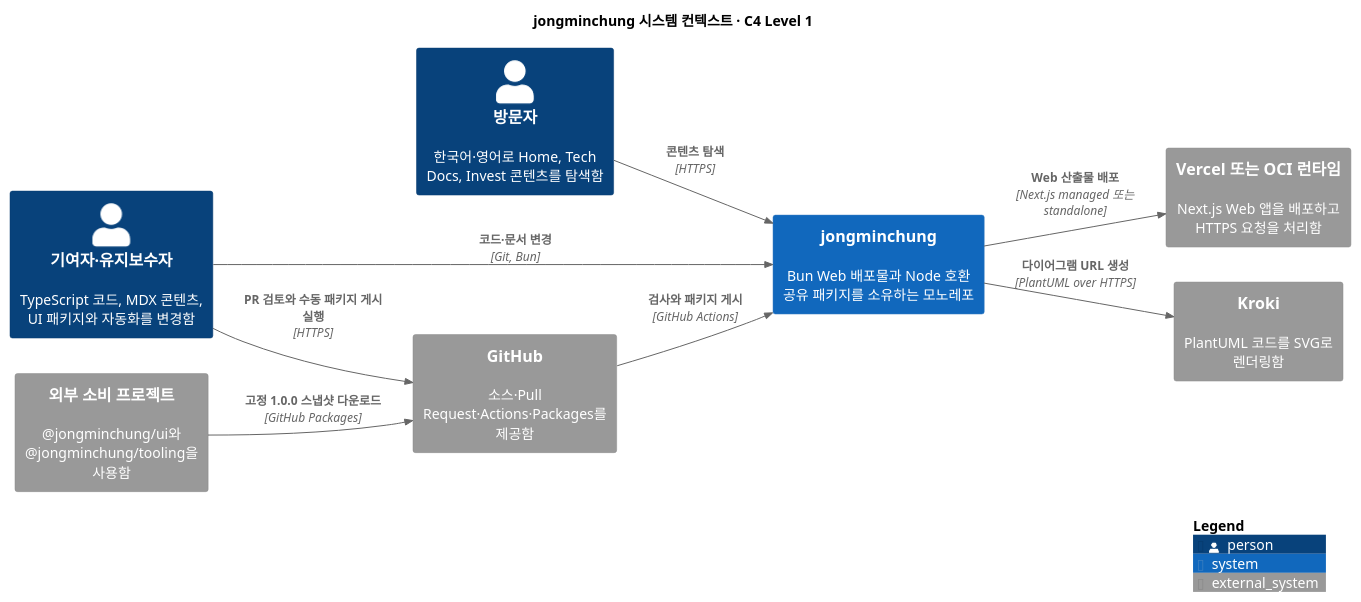
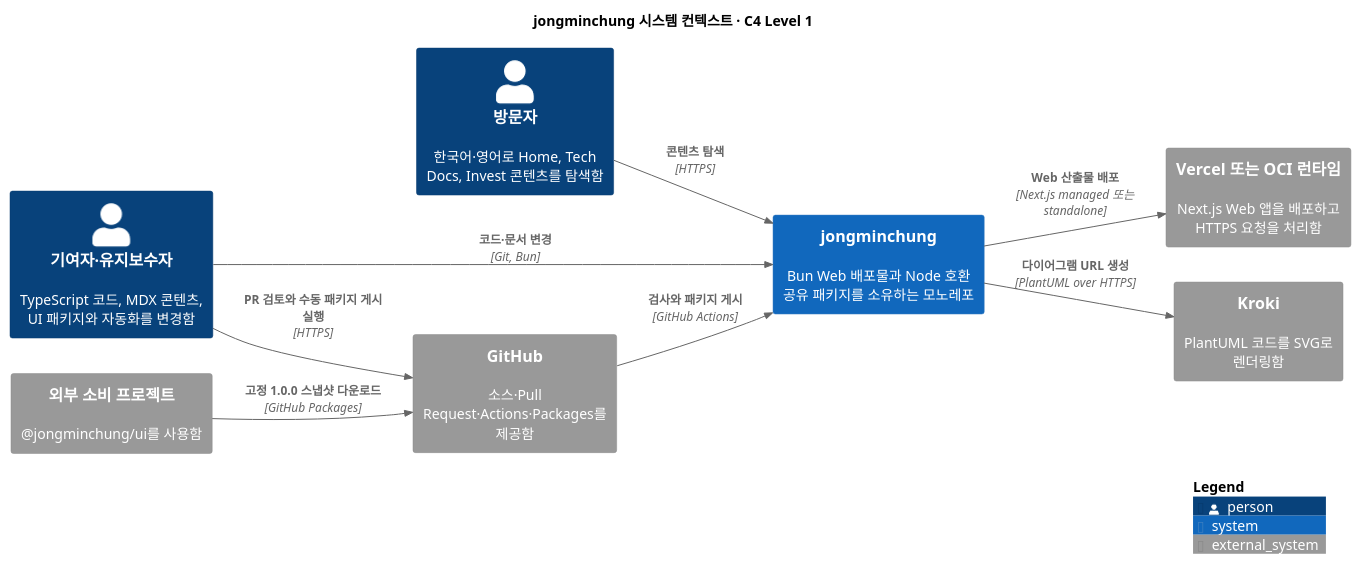
The diagram in docs/diagrams/onboarding-context.puml (jongminchung/jongminchung), drawn with PlantUML before and after one commit. The commit also changed 35 other files, not shown here.

```diff
--- a/docs/diagrams/onboarding-context.puml
+++ b/docs/diagrams/onboarding-context.puml
@@ -1,25 +1,25 @@
 @startuml
 !include <C4/C4_Context>
 
 title jongminchung 시스템 컨텍스트 · C4 Level 1
 
 LAYOUT_LEFT_RIGHT()
 
 Person(visitor, "방문자", "한국어·영어로 Home, Tech Docs, Invest 콘텐츠를 탐색함")
 Person(maintainer, "기여자·유지보수자", "TypeScript 코드, MDX 콘텐츠, UI 패키지와 자동화를 변경함")
 System(jongminchung, "jongminchung", "Bun Web 배포물과 Node 호환 공유 패키지를 소유하는 모노레포")
 System_Ext(github, "GitHub", "소스·Pull Request·Actions·Packages를 제공함")
 System_Ext(vercel, "Vercel 또는 OCI 런타임", "Next.js Web 앱을 배포하고 HTTPS 요청을 처리함")
 System_Ext(kroki, "Kroki", "PlantUML 코드를 SVG로 렌더링함")
-System_Ext(consumer, "외부 소비 프로젝트", "@jongminchung/ui와 @jongminchung/tooling을 사용함")
+System_Ext(consumer, "외부 소비 프로젝트", "@jongminchung/ui를 사용함")
 
 Rel(visitor, jongminchung, "콘텐츠 탐색", "HTTPS")
 Rel(maintainer, jongminchung, "코드·문서 변경", "Git, Bun")
 Rel(maintainer, github, "PR 검토와 수동 패키지 게시 실행", "HTTPS")
 Rel(github, jongminchung, "검사와 패키지 게시", "GitHub Actions")
 Rel(jongminchung, vercel, "Web 산출물 배포", "Next.js managed 또는 standalone")
 Rel(jongminchung, kroki, "다이어그램 URL 생성", "PlantUML over HTTPS")
 Rel(consumer, github, "고정 1.0.0 스냅샷 다운로드", "GitHub Packages")
 
 SHOW_LEGEND()
 @enduml
```
